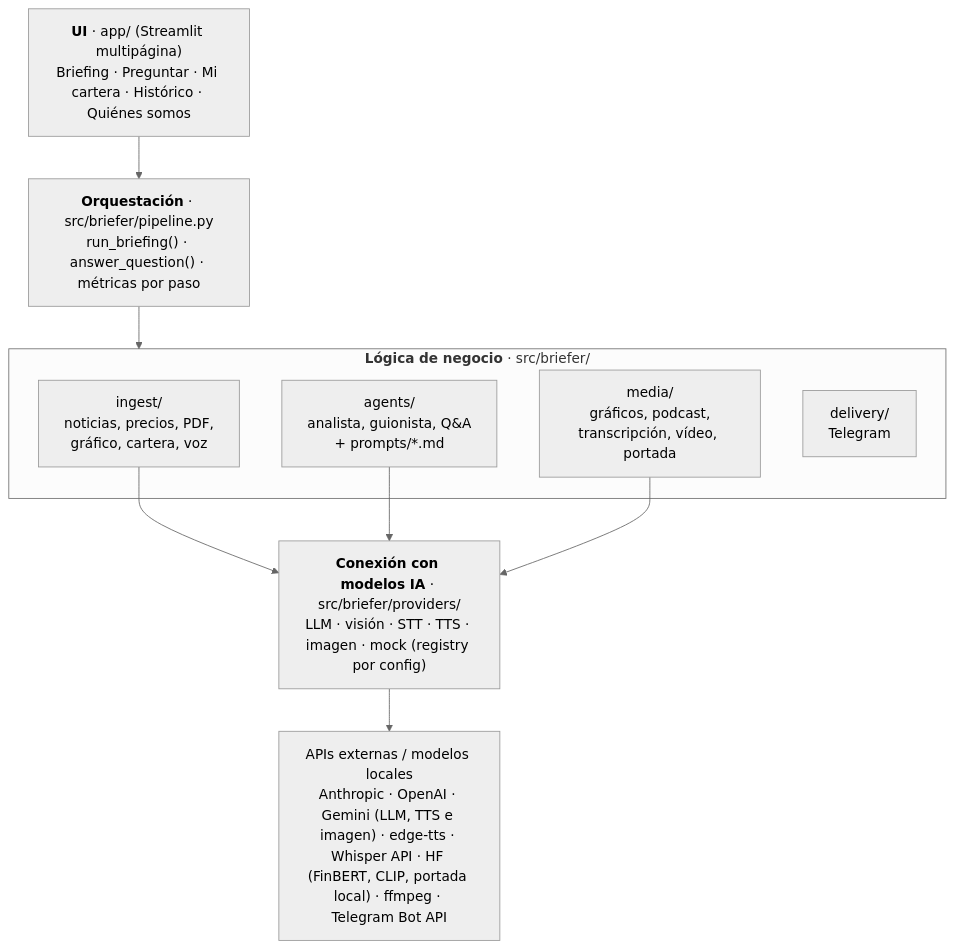
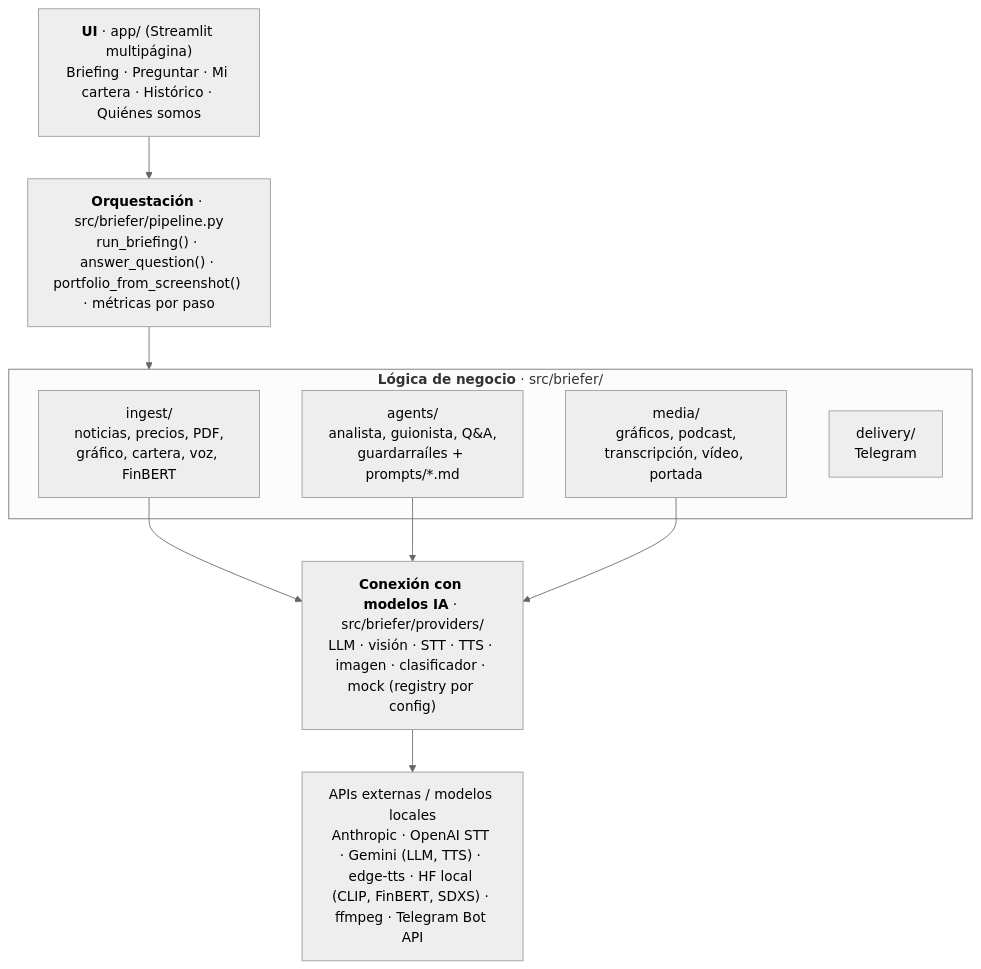
One commit to Romequinco/multimodal-market-briefer changed the third of 3 diagrams in README.md. Above: the diagram before and after it, drawn with Mermaid (neutral theme). The commit also changed other lines of this file and 11 other files, not shown here.

````diff
--- a/README.md
+++ b/README.md
@@ -237,19 +316,19 @@
 ```mermaid
 flowchart TB
     UI["<b>UI</b> · app/ (Streamlit multipágina)<br/>Briefing · Preguntar · Mi cartera · Histórico · Quiénes somos"]
-    PL["<b>Orquestación</b> · src/briefer/pipeline.py<br/>run_briefing() · answer_question() · métricas por paso"]
+    PL["<b>Orquestación</b> · src/briefer/pipeline.py<br/>run_briefing() · answer_question() · portfolio_from_screenshot() · métricas por paso"]
     subgraph BIZ["<b>Lógica de negocio</b> · src/briefer/"]
-        ING["ingest/<br/>noticias, precios, PDF,<br/>gráfico, cartera, voz"]
-        AGT["agents/<br/>analista, guionista, Q&A<br/>+ prompts/*.md"]
+        ING["ingest/<br/>noticias, precios, PDF,<br/>gráfico, cartera, voz, FinBERT"]
+        AGT["agents/<br/>analista, guionista, Q&A,<br/>guardarraíles + prompts/*.md"]
         MED["media/<br/>gráficos, podcast,<br/>transcripción, vídeo, portada"]
         DLV["delivery/<br/>Telegram"]
     end
-    PRV["<b>Conexión con modelos IA</b> · src/briefer/providers/<br/>LLM · visión · STT · TTS · imagen · mock (registry por config)"]
-    X["APIs externas / modelos locales<br/>Anthropic · OpenAI · Gemini (LLM, TTS e imagen) · edge-tts · Whisper API · HF (FinBERT, CLIP, portada local) · ffmpeg · Telegram Bot API"]
+    PRV["<b>Conexión con modelos IA</b> · src/briefer/providers/<br/>LLM · visión · STT · TTS · imagen · clasificador · mock (registry por config)"]
+    X["APIs externas / modelos locales<br/>Anthropic · OpenAI STT · Gemini (LLM, TTS) · edge-tts · HF local (CLIP, FinBERT, SDXS) · ffmpeg · Telegram Bot API"]
 
     UI --> PL --> BIZ
     ING --> PRV
     AGT --> PRV
     MED --> PRV
     PRV --> X
 ```
````
